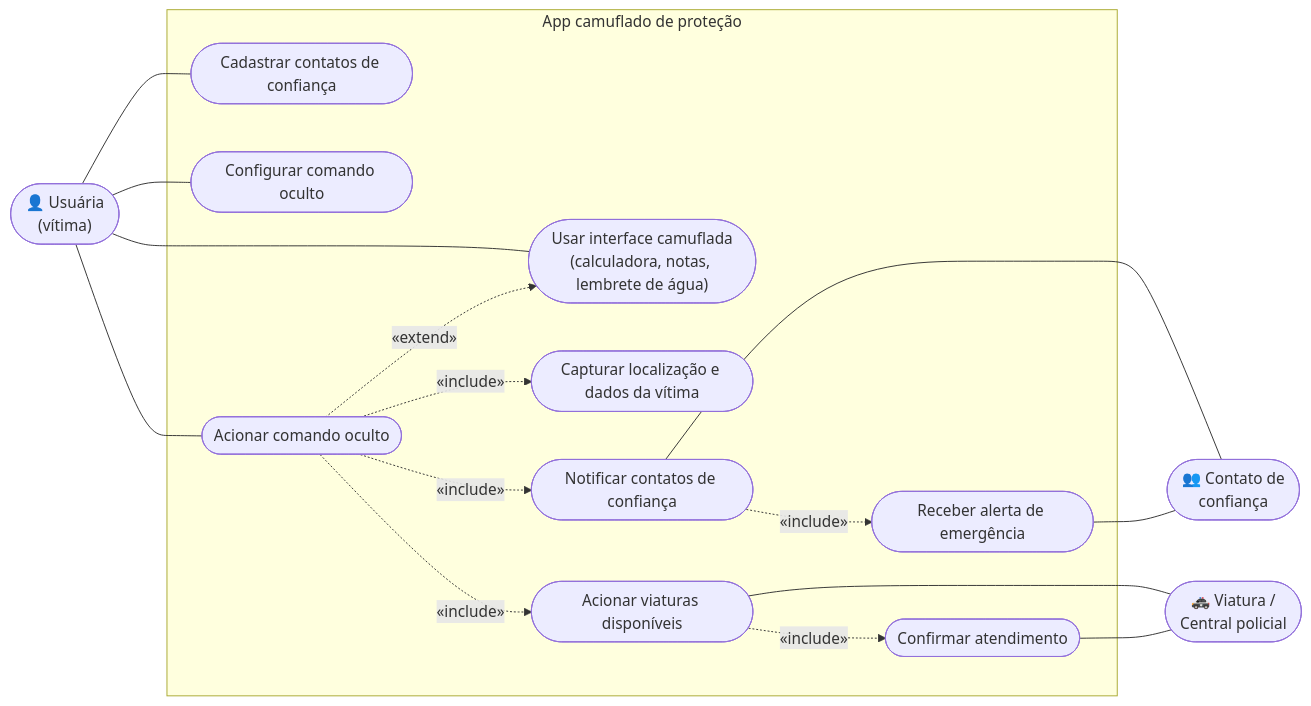
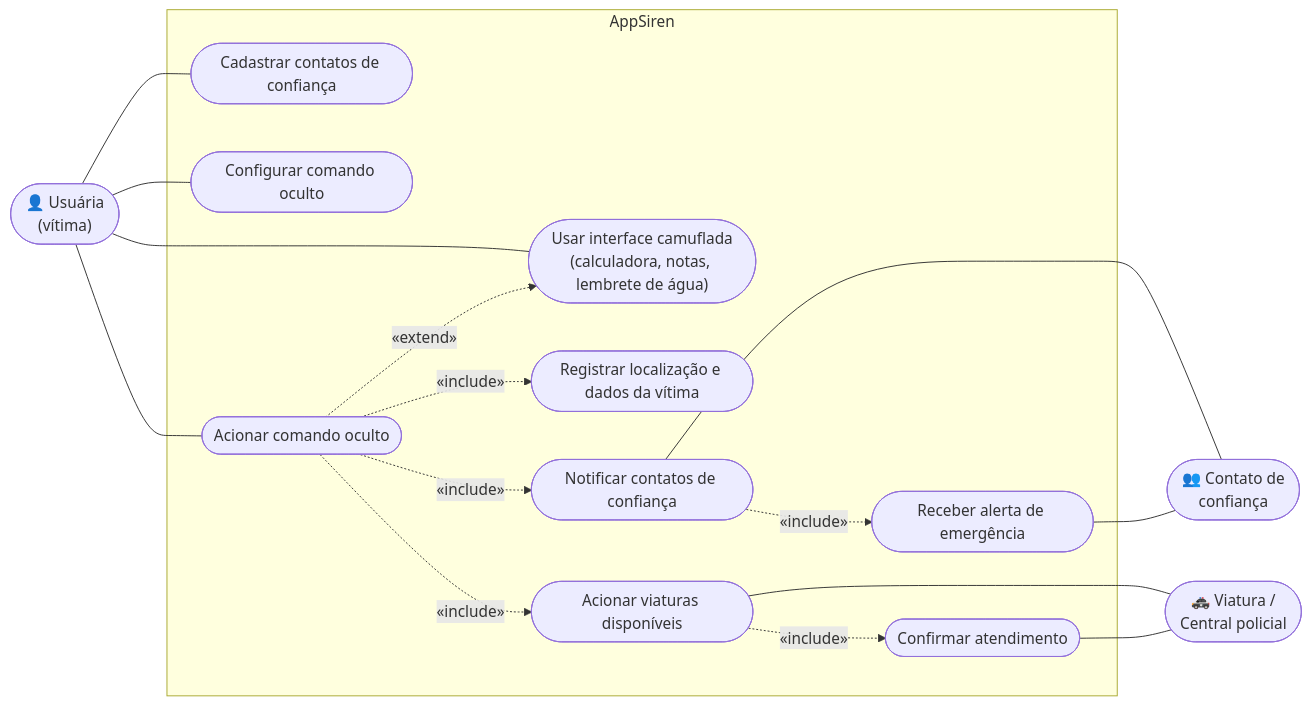
Before and after one commit to ProAtom10/Siren: the diagram in documentacao/diagramas.md, drawn with Mermaid.

Commit message:
Rename system to AppSiren in diagrams

````diff
--- a/documentacao/diagramas.md
+++ b/documentacao/diagramas.md
@@ -1,35 +1,35 @@
 ```mermaid
 flowchart LR
     Usuaria(["👤 Usuária<br/>(vítima)"])
     Contato(["👥 Contato de<br/>confiança"])
     Viatura(["🚓 Viatura /<br/>Central policial"])
 
-    subgraph Sistema["App camuflado de proteção"]
+    subgraph Sistema["AppSiren"]
         UC1(["Usar interface camuflada<br/>(calculadora, notas, lembrete de água)"])
         UC2(["Cadastrar contatos de confiança"])
         UC3(["Configurar comando oculto"])
         UC4(["Acionar comando oculto"])
-        UC5(["Capturar localização e dados da vítima"])
+        UC5(["Registrar localização e dados da vítima"])
         UC6(["Notificar contatos de confiança"])
         UC7(["Acionar viaturas disponíveis"])
         UC8(["Receber alerta de emergência"])
         UC9(["Confirmar atendimento"])
     end
 
     Usuaria --- UC1
     Usuaria --- UC2
     Usuaria --- UC3
     Usuaria --- UC4
 
     UC4 -. "«include»" .-> UC5
     UC4 -. "«include»" .-> UC6
     UC4 -. "«include»" .-> UC7
     UC4 -. "«extend»" .-> UC1
 
     UC6 --- Contato
     UC8 --- Contato
     UC7 --- Viatura
     UC9 --- Viatura
     UC6 -. "«include»" .-> UC8
     UC7 -. "«include»" .-> UC9
 ```
````
